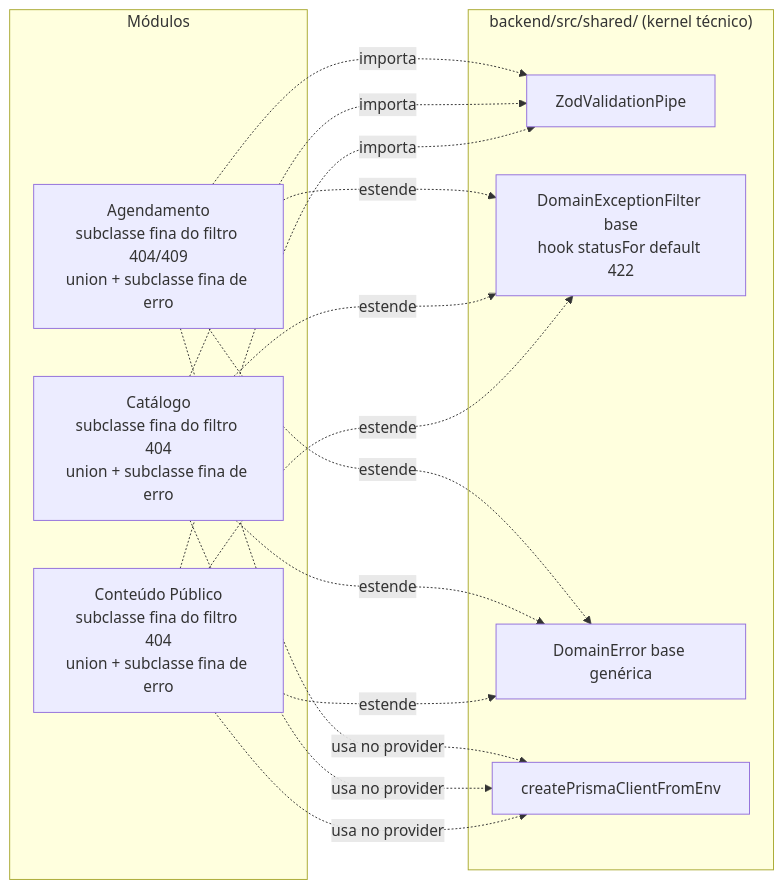
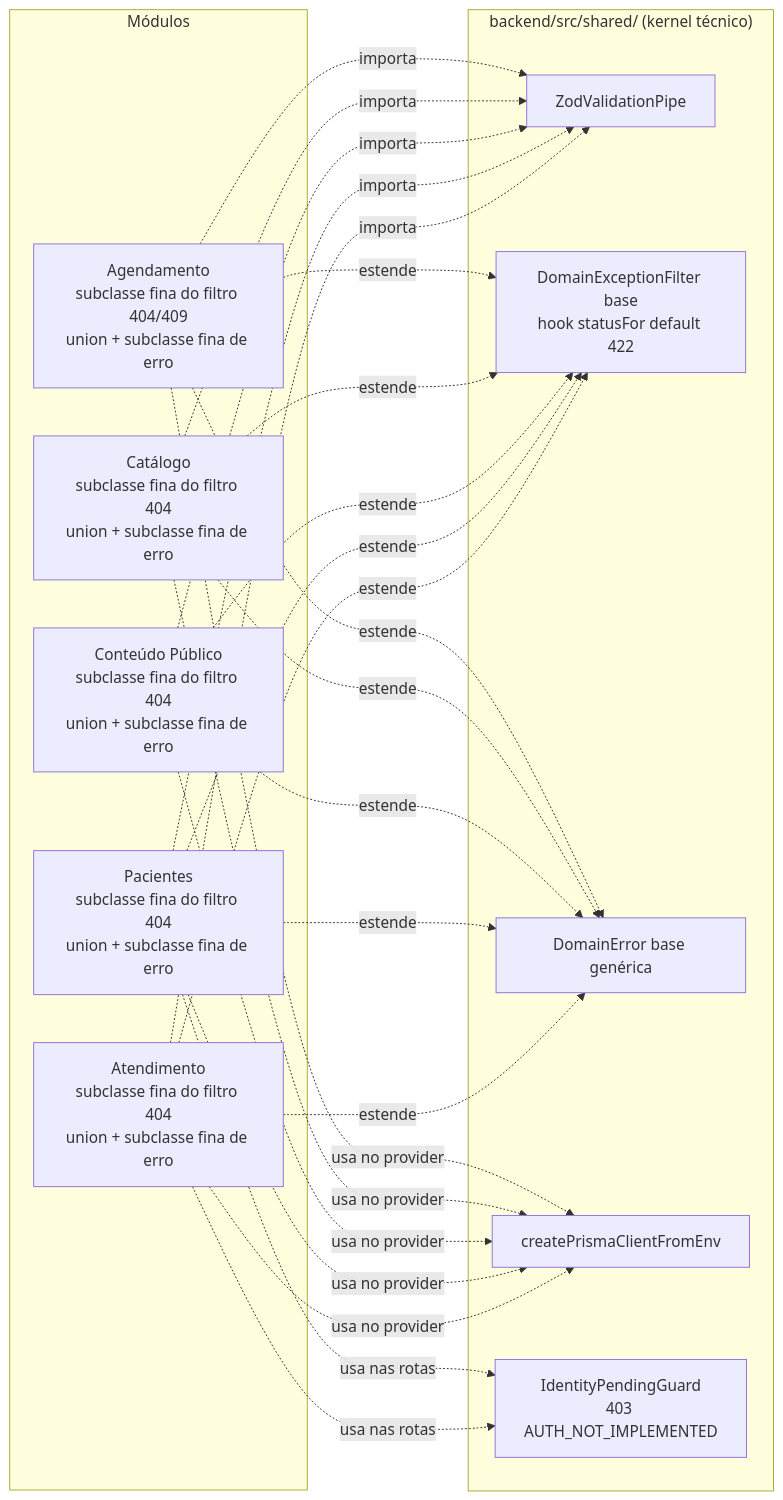
The seventh of 7 diagrams in docs/architecture/c3-component.md (marcelops1/newestetica), drawn with Mermaid before and after one commit. The commit also changed other lines of this file and 58 other files, not shown here.

First line of the commit message:
feat(atendimento): módulo Atendimento/Histórico — visibilidade herdada provada e guard no kernel (#46)

````diff
--- a/docs/architecture/c3-component.md
+++ b/docs/architecture/c3-component.md
@@ -299,26 +353,39 @@
 ```mermaid
 flowchart LR
     subgraph Shared["backend/src/shared/ (kernel técnico)"]
         PIPE[ZodValidationPipe]
         FILTER[DomainExceptionFilter base<br/>hook statusFor default 422]
         ERR[DomainError base genérica]
         FACTORY[createPrismaClientFromEnv]
+        GUARD[IdentityPendingGuard<br/>403 AUTH_NOT_IMPLEMENTED]
     end
     subgraph Módulos
         S[Agendamento<br/>subclasse fina do filtro 404/409<br/>union + subclasse fina de erro]
         C[Catálogo<br/>subclasse fina do filtro 404<br/>union + subclasse fina de erro]
         CT[Conteúdo Público<br/>subclasse fina do filtro 404<br/>union + subclasse fina de erro]
+        PA[Pacientes<br/>subclasse fina do filtro 404<br/>union + subclasse fina de erro]
+        AT[Atendimento<br/>subclasse fina do filtro 404<br/>union + subclasse fina de erro]
     end
     S -.->|importa| PIPE
     C -.->|importa| PIPE
     CT -.->|importa| PIPE
+    PA -.->|importa| PIPE
+    AT -.->|importa| PIPE
     S -.->|estende| FILTER
     C -.->|estende| FILTER
     CT -.->|estende| FILTER
+    PA -.->|estende| FILTER
+    AT -.->|estende| FILTER
     S -.->|estende| ERR
     C -.->|estende| ERR
     CT -.->|estende| ERR
+    PA -.->|estende| ERR
+    AT -.->|estende| ERR
     S -.->|usa no provider| FACTORY
     C -.->|usa no provider| FACTORY
     CT -.->|usa no provider| FACTORY
+    PA -.->|usa no provider| FACTORY
+    AT -.->|usa no provider| FACTORY
+    PA -.->|usa nas rotas| GUARD
+    AT -.->|usa nas rotas| GUARD
 ```
````
